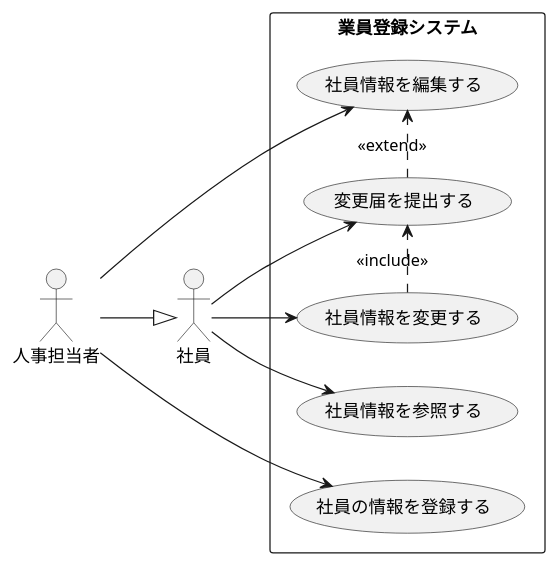
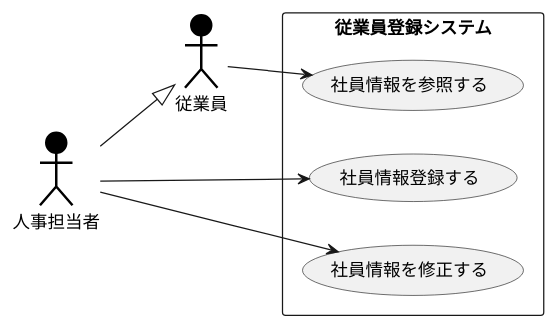
The diagram in 演習2-6_盛岡システム_従業員登録システム.pu (marute0215/uml-introduction), drawn with PlantUML before and after one commit.

Commit message:
課題提出

```diff
--- a/演習2-6_盛岡システム_従業員登録システム.pu
+++ b/演習2-6_盛岡システム_従業員登録システム.pu
@@ -1,20 +1,14 @@
-@startuml
+@startuml ユースケース図
 left to right direction
-actor 社員
-actor 人事担当者
-rectangle 業員登録システム{
-usecase 社員の情報を登録する
-usecase 社員情報を参照する
-usecase 社員情報を変更する
-usecase 変更届を提出する as input
-usecase 社員情報を編集する
+actor 人事担当者 #000000;line:black;line.bold;
+actor 従業員 #000000;line:black;line.bold;
+rectangle 従業員登録システム{
+    usecase 社員情報を参照する 
+    usecase 社員情報登録する 
+    usecase 社員情報を修正する
 }
-人事担当者 --|> 社員
-社員 --> 社員情報を参照する
-社員 --> 社員情報を変更する
-社員 --> input
-input .> 社員情報を編集する : << extend >>
-社員情報を変更する .> input : << include >>
-人事担当者 --> 社員の情報を登録する
-人事担当者 --> 社員情報を編集する
+従業員 --> 社員情報を参照する
+人事担当者--> 社員情報を修正する
+人事担当者 --> 社員情報登録する
+人事担当者 --|> 従業員
 @enduml
```
